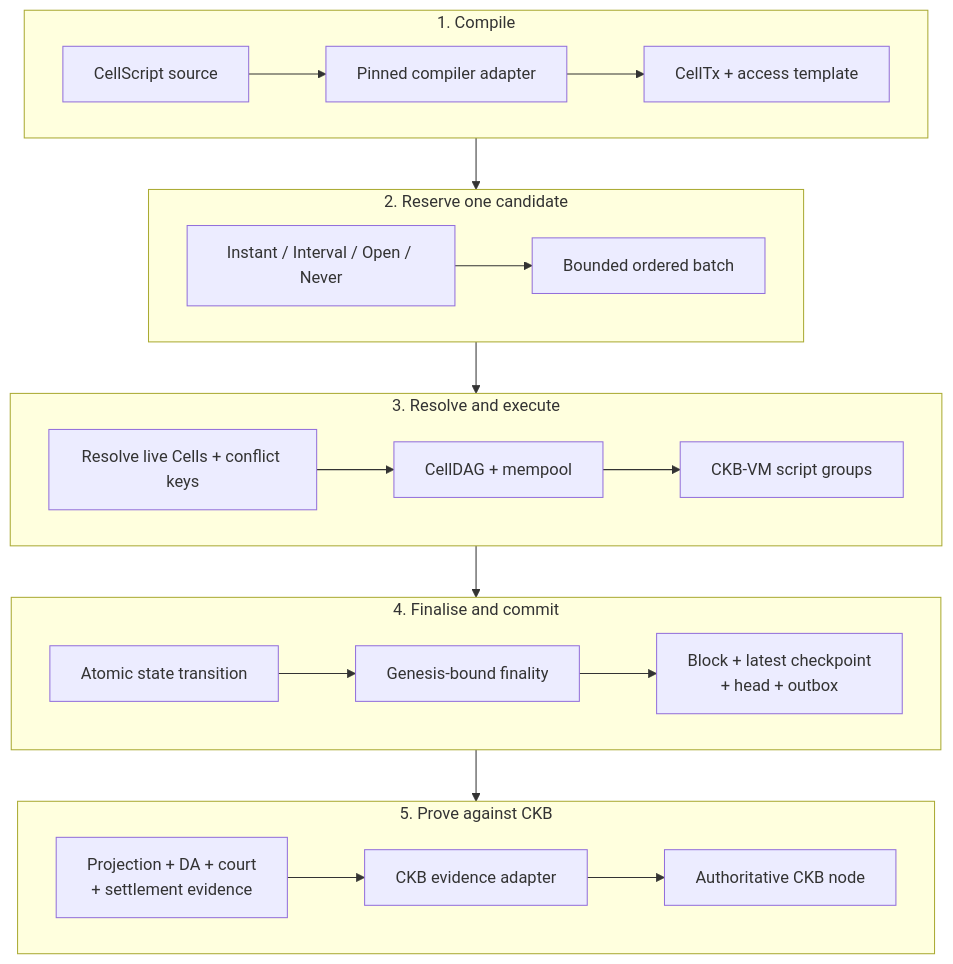
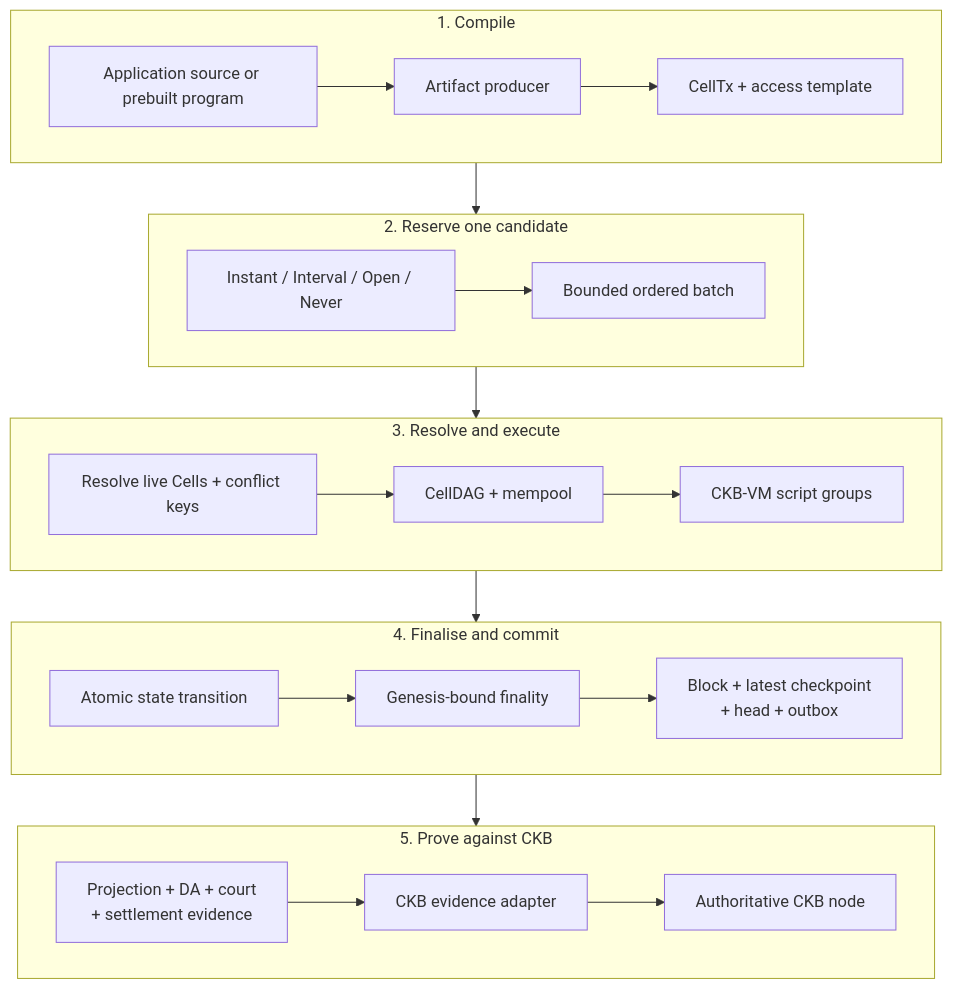
One commit to Myelin-Labs/Myelin changed the first of 4 diagrams in README.md. Above: the diagram before and after it, drawn with Mermaid. The commit also changed other lines of this file and 55 other files, not shown here.

Commit message:
Decouple CellScript tooling behind a generic contract artifact boundary

````diff
--- a/README.md
+++ b/README.md
@@ -30,32 +30,32 @@
 ```mermaid
 flowchart TB
     subgraph BUILD["1. Compile"]
         direction LR
-        CS["CellScript source"] --> CA["Pinned compiler adapter"] --> TX["CellTx + access template"]
+        CS["Application source or prebuilt program"] --> CA["Artifact producer"] --> TX["CellTx + access template"]
     end
 
     subgraph PRODUCE["2. Reserve one candidate"]
         direction LR
         P["Instant / Interval / Open / Never"] --> B["Bounded ordered batch"]
     end
 
     subgraph EXECUTE["3. Resolve and execute"]
         direction LR
         R["Resolve live Cells + conflict keys"] --> D["CellDAG + mempool"] --> VM["CKB-VM script groups"]
     end
 
     subgraph COMMIT["4. Finalise and commit"]
         direction LR
         ST["Atomic state transition"] --> CO["Genesis-bound finality"] --> AC["Block + latest checkpoint<br/>+ head + outbox"]
     end
 
     subgraph PROVE["5. Prove against CKB"]
         direction LR
         EV["Projection + DA + court<br/>+ settlement evidence"] --> AD["CKB evidence adapter"] --> CKB["Authoritative CKB node"]
     end
 
     TX --> P
     B --> R
     VM --> ST
     AC --> EV
 ```
````
